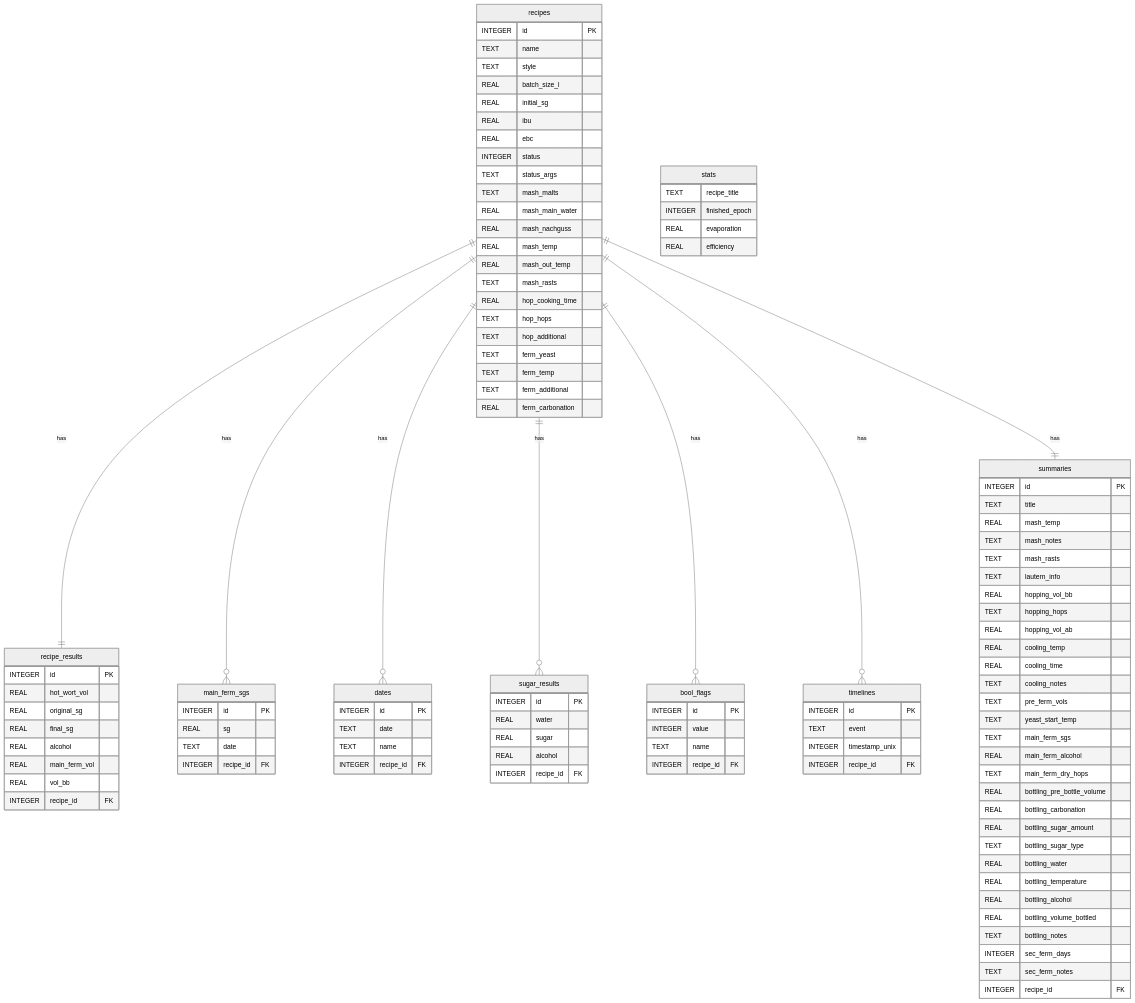
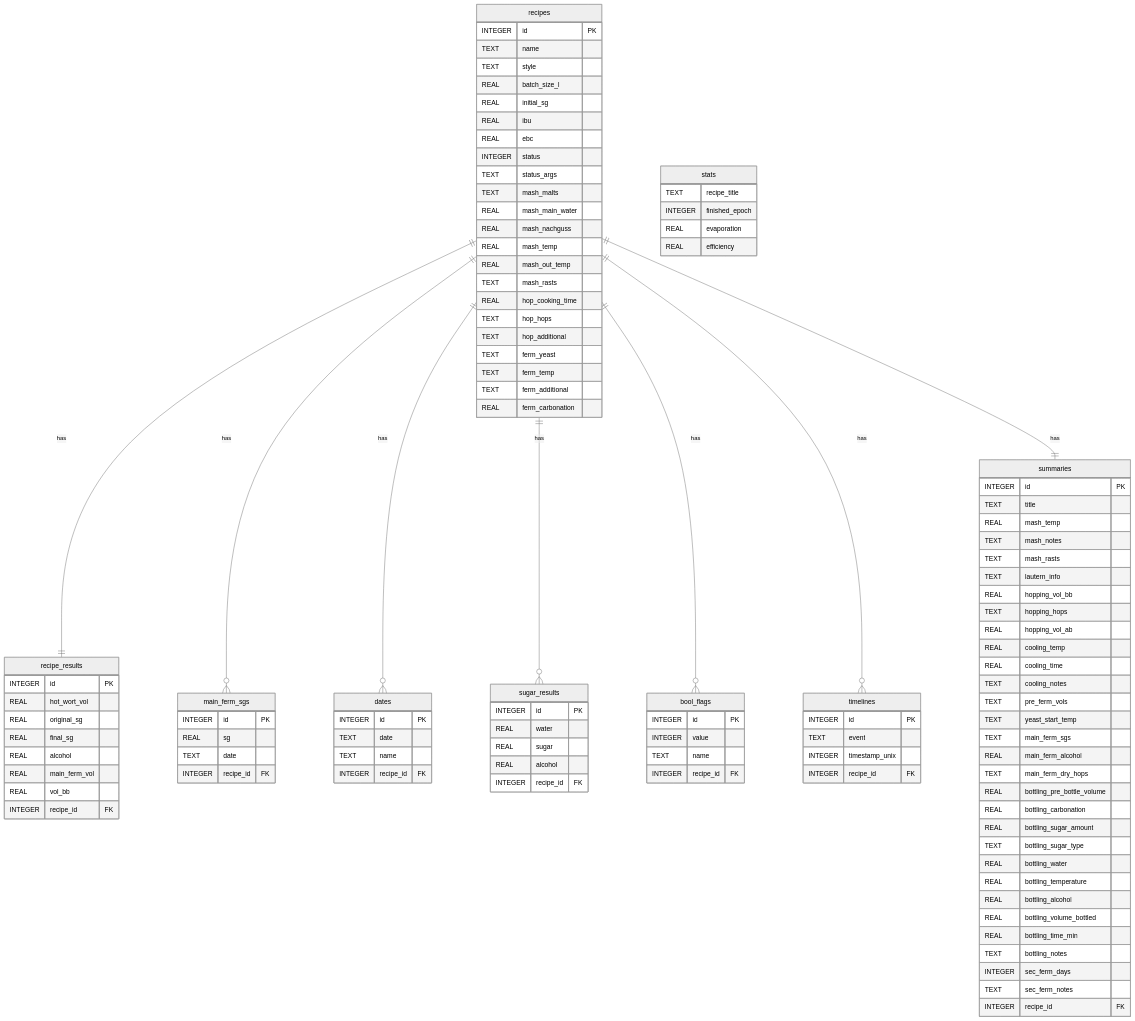
Before and after one commit to juan-castrillon/brewday: the seventh of 8 diagrams in TECHNICAL_OVERVIEW.md, drawn with Mermaid (neutral theme). The commit also changed 1 other file, not shown here.

Commit message:
Add changes so far to doc

```diff
--- a/TECHNICAL_OVERVIEW.md
+++ b/TECHNICAL_OVERVIEW.md
@@ -557,6 +557,7 @@
         REAL bottling_temperature
         REAL bottling_alcohol
         REAL bottling_volume_bottled
+        REAL bottling_time_min
         TEXT bottling_notes
         INTEGER sec_ferm_days
         TEXT sec_ferm_notes
```
